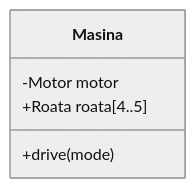
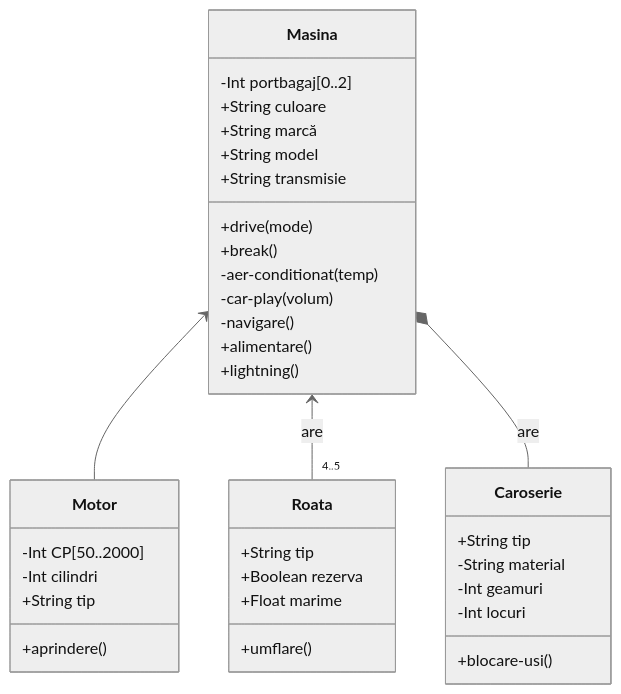
Before and after one commit to cechirita/amss2024: the ninth of 9 diagrams in 02 - Diagrame de clasă/README.md, drawn with Mermaid. The commit also changed other lines of this file, not shown here.

````diff
--- a/02 - Diagrame de clasă/README.md
+++ b/02 - Diagrame de clasă/README.md
@@ -241,9 +241,41 @@
 ```mermaid
 %%{init: {'theme':'neutral'}}%%
 classDiagram
     class Masina {
-        -Motor motor
-        +Roata roata[4..5] 
+        -Int portbagaj[0..2]
+        +String culoare
+        +String marcă
+        +String model
+        +String transmisie
         +drive(mode)
+        +break()
+        -aer-conditionat(temp)
+        -car-play(volum)
+        -navigare()
+        +alimentare()
+        +lightning()
+    } 
+  class Motor{
+    -Int CP[50..2000]
+    -Int cilindri
+    +String tip
+    +aprindere()
+}
+class Caroserie{
+    +String tip
+    -String material
+    -Int geamuri
+    -Int locuri
+    +blocare-usi() 
     }
+class Roata{
+    +String tip
+    +Boolean rezerva
+    +Float marime
+    +umflare()
+    }
+
+Masina <-- Motor
+Masina <-- "4..5" Roata : are
+Masina *-- Caroserie : are
 ```
````
